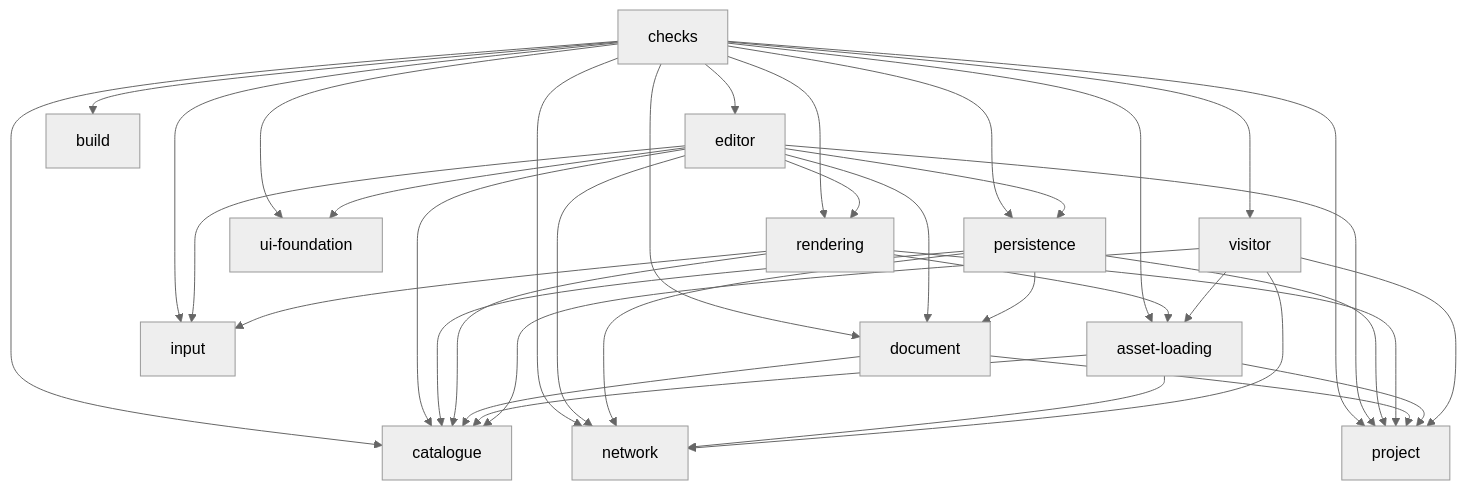
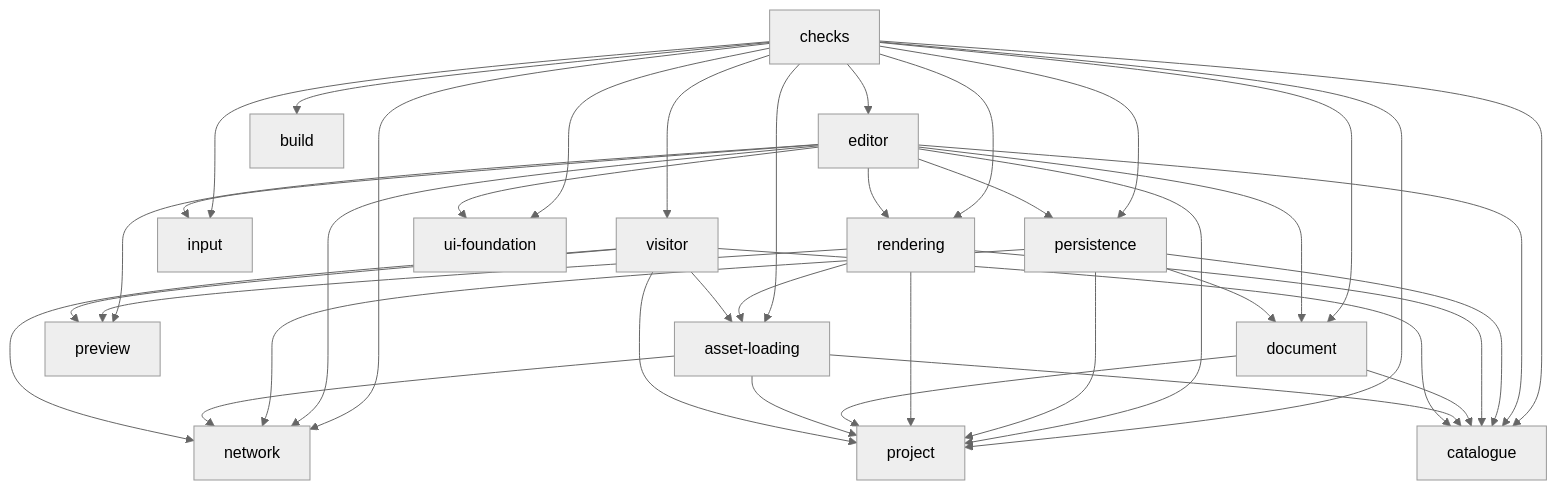
Before and after one commit to Team-Meshworks/gam300: the diagram in docs/architecture-graph.md, drawn with Mermaid (neutral theme). The commit also changed 18 other files, not shown here.

````diff
--- a/docs/architecture-graph.md
+++ b/docs/architecture-graph.md
@@ -8,53 +8,56 @@
 ```mermaid
 graph TD
   network["network"]
   visitor["visitor"]
   project["project"]
   catalogue["catalogue"]
   asset-loading["asset-loading"]
+  preview["preview"]
   input["input"]
   document["document"]
   rendering["rendering"]
   persistence["persistence"]
   ui-foundation["ui-foundation"]
   editor["editor"]
   build["build"]
   checks["checks"]
   visitor --> asset-loading
   visitor --> catalogue
   visitor --> network
+  visitor --> preview
   visitor --> project
   asset-loading --> catalogue
   asset-loading --> network
   asset-loading --> project
   document --> catalogue
   document --> project
   rendering --> asset-loading
   rendering --> catalogue
-  rendering --> input
+  rendering --> preview
   rendering --> project
   persistence --> catalogue
   persistence --> document
   persistence --> network
   persistence --> project
   editor --> catalogue
   editor --> document
   editor --> input
   editor --> network
   editor --> persistence
+  editor --> preview
   editor --> project
   editor --> rendering
   editor --> ui-foundation
   checks --> asset-loading
   checks --> build
   checks --> catalogue
   checks --> document
   checks --> editor
   checks --> input
   checks --> network
   checks --> persistence
   checks --> project
   checks --> rendering
   checks --> ui-foundation
   checks --> visitor
 ```
````
